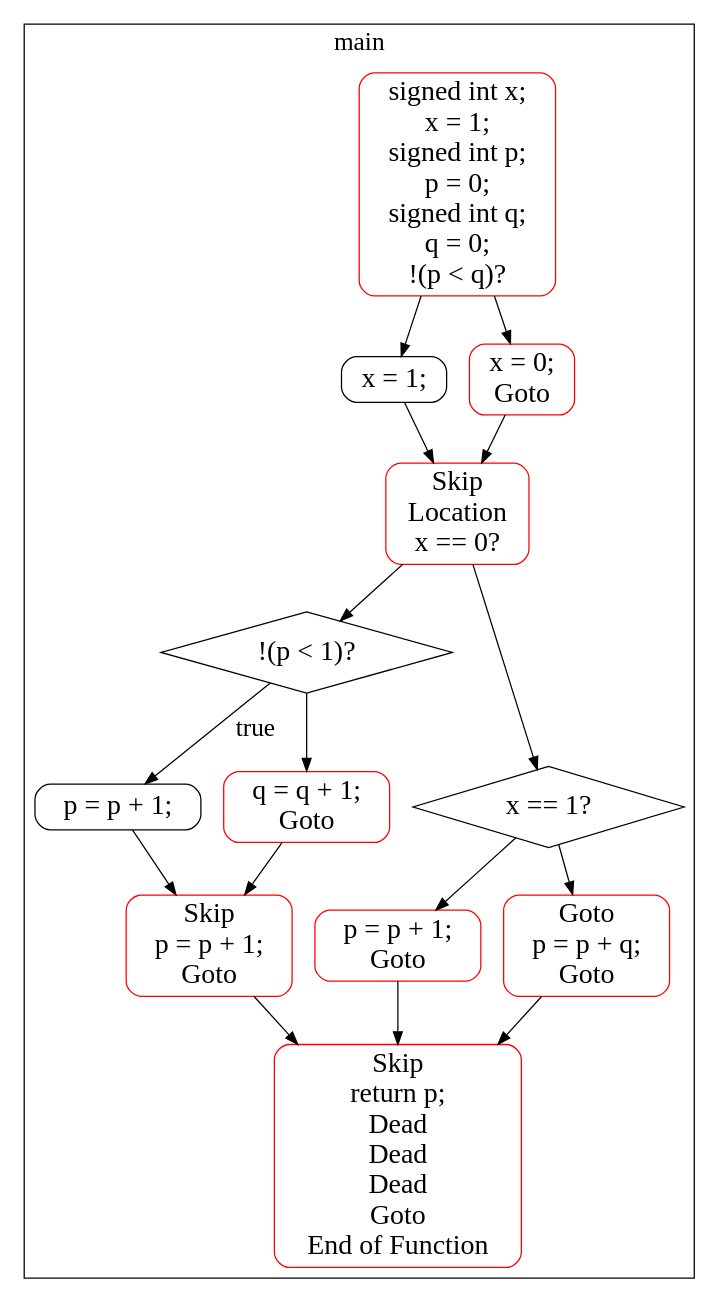
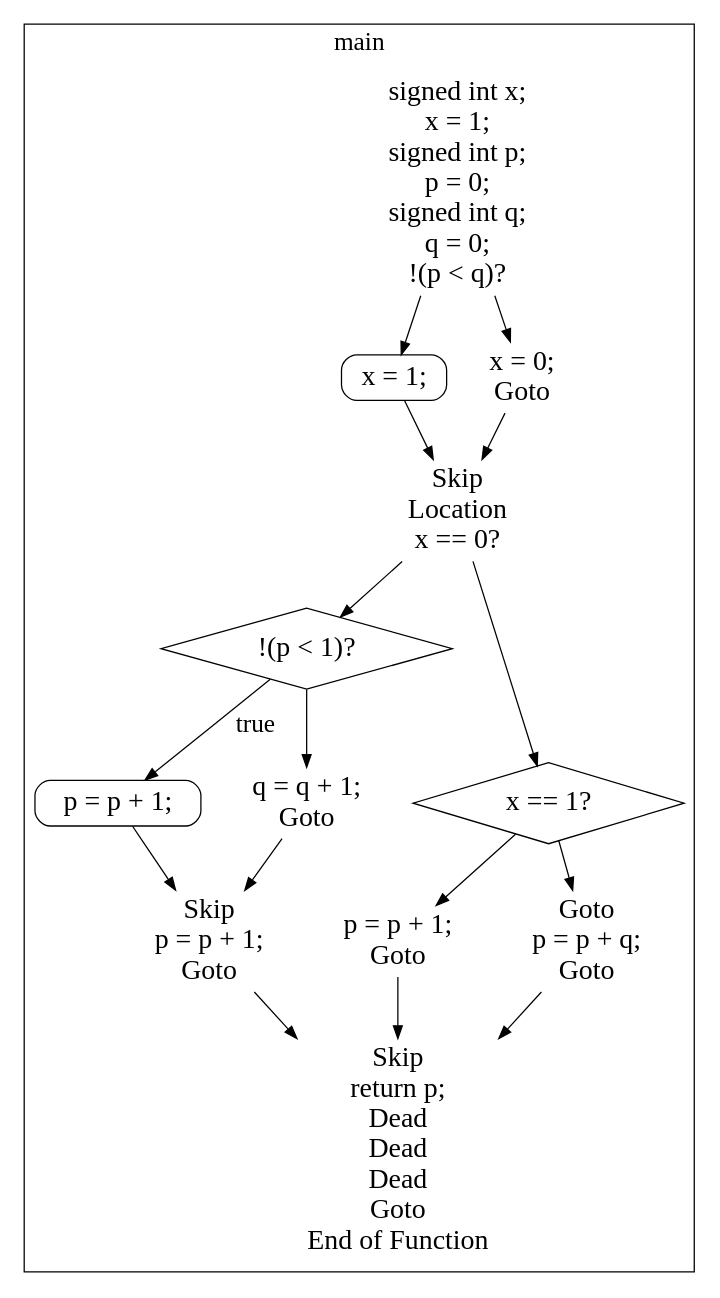
Before and after one commit to meysamkhazaee/dot_parser: the diagram in output/switch-stat-cfg-goto/switch-stat-cfg-goto_updated2.dot, drawn with Graphviz. The commit also changed 41 other files, not shown here.

```diff
--- a/output/switch-stat-cfg-goto/switch-stat-cfg-goto_updated2.dot
+++ b/output/switch-stat-cfg-goto/switch-stat-cfg-goto_updated2.dot
@@ -1,39 +1,39 @@
 digraph G {
 color=black;
 orientation=portrait;
 fontsize=20;
 compound=true;
 size="30,40";
 ratio=compress;
 subgraph "cluster_main" {
 label="main";
 Node_0_9 [shape=Mrecord, fontsize=22, label="x = 1;"];
 Node_0_15 [shape=diamond, fontsize=22, label="!(p \< 1)?"];
 Node_0_15 -> Node_0_18 [fontsize=20, label="true"];
 Node_0_13 [shape=diamond, fontsize=22, label="x == 1?"];
 Node_0_18 [shape=Mrecord, fontsize=22, label="p = p + 1;"];
-Node_0_0_Node_0_1_Node_0_2_Node_0_3_Node_0_4_Node_0_5_Node_0_6 [label="signed int x;\nx = 1;\nsigned int p;\np = 0;\nsigned int q;\nq = 0;\n!(p \< q)?", shape=Mrecord, fontsize=22, color=red];
-Node_0_7_Node_0_8 [label="x = 0;\nGoto", shape=Mrecord, fontsize=22, color=red];
-Node_0_10_Node_0_11_Node_0_12 [label="Skip\nLocation\nx == 0?", shape=Mrecord, fontsize=22, color=red];
-Node_0_16_Node_0_17 [label="q = q + 1;\nGoto", shape=Mrecord, fontsize=22, color=red];
-Node_0_22_Node_0_23 [label="p = p + 1;\nGoto", shape=Mrecord, fontsize=22, color=red];
-Node_0_14_Node_0_24_Node_0_25 [label="Goto\np = p + q;\nGoto", shape=Mrecord, fontsize=22, color=red];
-Node_0_19_Node_0_20_Node_0_21 [label="Skip\np = p + 1;\nGoto", shape=Mrecord, fontsize=22, color=red];
-Node_0_26_Node_0_27_Node_0_28_Node_0_29_Node_0_30_Node_0_31_Node_0_32 [label="Skip\nreturn p;\nDead\nDead\nDead\nGoto\nEnd of Function", shape=Mrecord, fontsize=22, color=red];
+Node_0_0_Node_0_1_Node_0_2_Node_0_3_Node_0_4_Node_0_5_Node_0_6 [label="signed int x;\nx = 1;\nsigned int p;\np = 0;\nsigned int q;\nq = 0;\n!(p \< q)?", shape=plaintext, fontsize=22, color=red];
+Node_0_7_Node_0_8 [label="x = 0;\nGoto", shape=plaintext, fontsize=22, color=red];
+Node_0_10_Node_0_11_Node_0_12 [label="Skip\nLocation\nx == 0?", shape=plaintext, fontsize=22, color=red];
+Node_0_16_Node_0_17 [label="q = q + 1;\nGoto", shape=plaintext, fontsize=22, color=red];
+Node_0_22_Node_0_23 [label="p = p + 1;\nGoto", shape=plaintext, fontsize=22, color=red];
+Node_0_14_Node_0_24_Node_0_25 [label="Goto\np = p + q;\nGoto", shape=plaintext, fontsize=22, color=red];
+Node_0_19_Node_0_20_Node_0_21 [label="Skip\np = p + 1;\nGoto", shape=plaintext, fontsize=22, color=red];
+Node_0_26_Node_0_27_Node_0_28_Node_0_29_Node_0_30_Node_0_31_Node_0_32 [label="Skip\nreturn p;\nDead\nDead\nDead\nGoto\nEnd of Function", shape=plaintext, fontsize=22, color=red];
 }
 
 Node_0_0_Node_0_1_Node_0_2_Node_0_3_Node_0_4_Node_0_5_Node_0_6 -> Node_0_9;
 Node_0_0_Node_0_1_Node_0_2_Node_0_3_Node_0_4_Node_0_5_Node_0_6 -> Node_0_7_Node_0_8;
 Node_0_10_Node_0_11_Node_0_12 -> Node_0_15;
 Node_0_10_Node_0_11_Node_0_12 -> Node_0_13;
 Node_0_7_Node_0_8 -> Node_0_10_Node_0_11_Node_0_12;
 Node_0_9 -> Node_0_10_Node_0_11_Node_0_12;
 Node_0_15 -> Node_0_16_Node_0_17;
 Node_0_13 -> Node_0_22_Node_0_23;
 Node_0_13 -> Node_0_14_Node_0_24_Node_0_25;
 Node_0_16_Node_0_17 -> Node_0_19_Node_0_20_Node_0_21;
 Node_0_18 -> Node_0_19_Node_0_20_Node_0_21;
 Node_0_22_Node_0_23 -> Node_0_26_Node_0_27_Node_0_28_Node_0_29_Node_0_30_Node_0_31_Node_0_32;
 Node_0_14_Node_0_24_Node_0_25 -> Node_0_26_Node_0_27_Node_0_28_Node_0_29_Node_0_30_Node_0_31_Node_0_32;
 Node_0_19_Node_0_20_Node_0_21 -> Node_0_26_Node_0_27_Node_0_28_Node_0_29_Node_0_30_Node_0_31_Node_0_32;
 }
```
